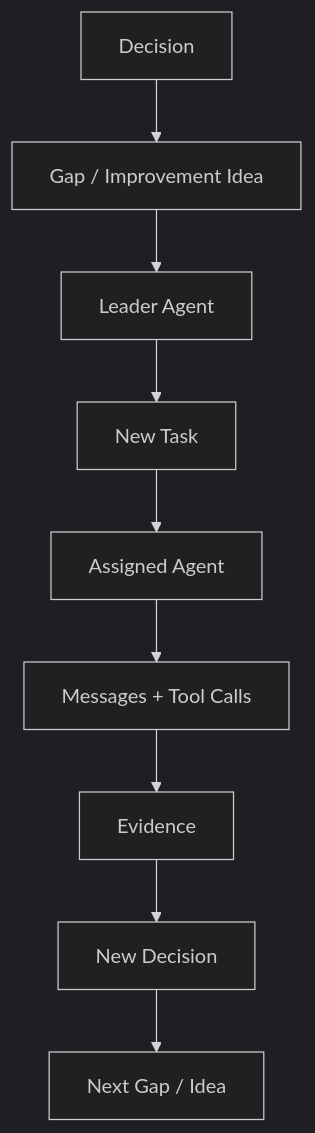
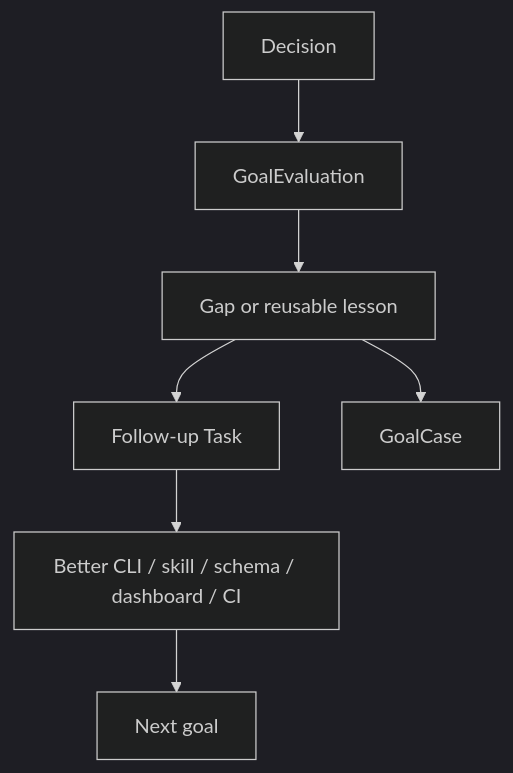
The third of 3 diagrams in docs/prd.md (cyl19970726/multi-agent-harness), drawn with Mermaid (dark theme) before and after one commit. The commit also changed other lines of this file and 31 other files, not shown here.

````diff
--- a/docs/prd.md
+++ b/docs/prd.md
@@ -441,11 +139,9 @@
 ```mermaid
 flowchart TD
-  D[Decision] --> G[Gap / Improvement Idea]
-  G --> L[Leader Agent]
-  L --> T[New Task]
-  T --> A[Assigned Agent]
-  A --> M[Messages + Tool Calls]
-  M --> E[Evidence]
-  E --> D2[New Decision]
-  D2 --> G2[Next Gap / Idea]
+  D[Decision] --> Eval[GoalEvaluation]
+  Eval --> Gap[Gap or reusable lesson]
+  Gap --> Task[Follow-up Task]
+  Gap --> Case[GoalCase]
+  Task --> Better[Better CLI / skill / schema / dashboard / CI]
+  Better --> Next[Next goal]
 ```
````
